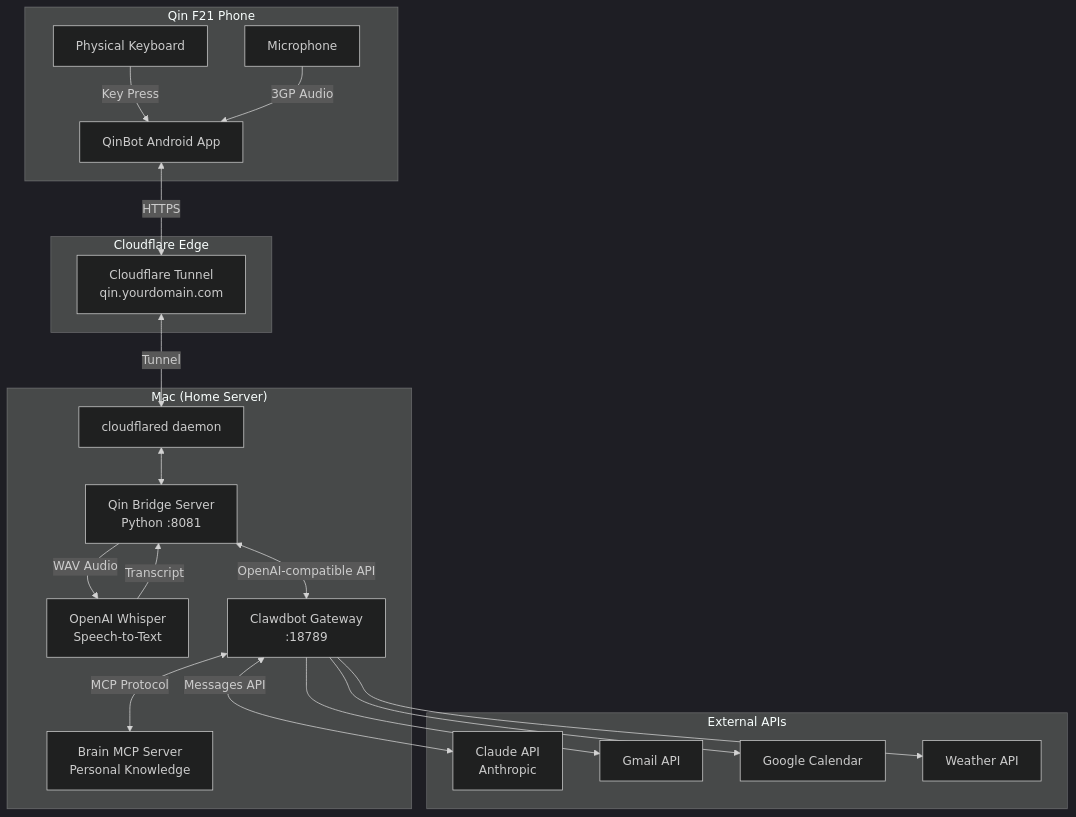
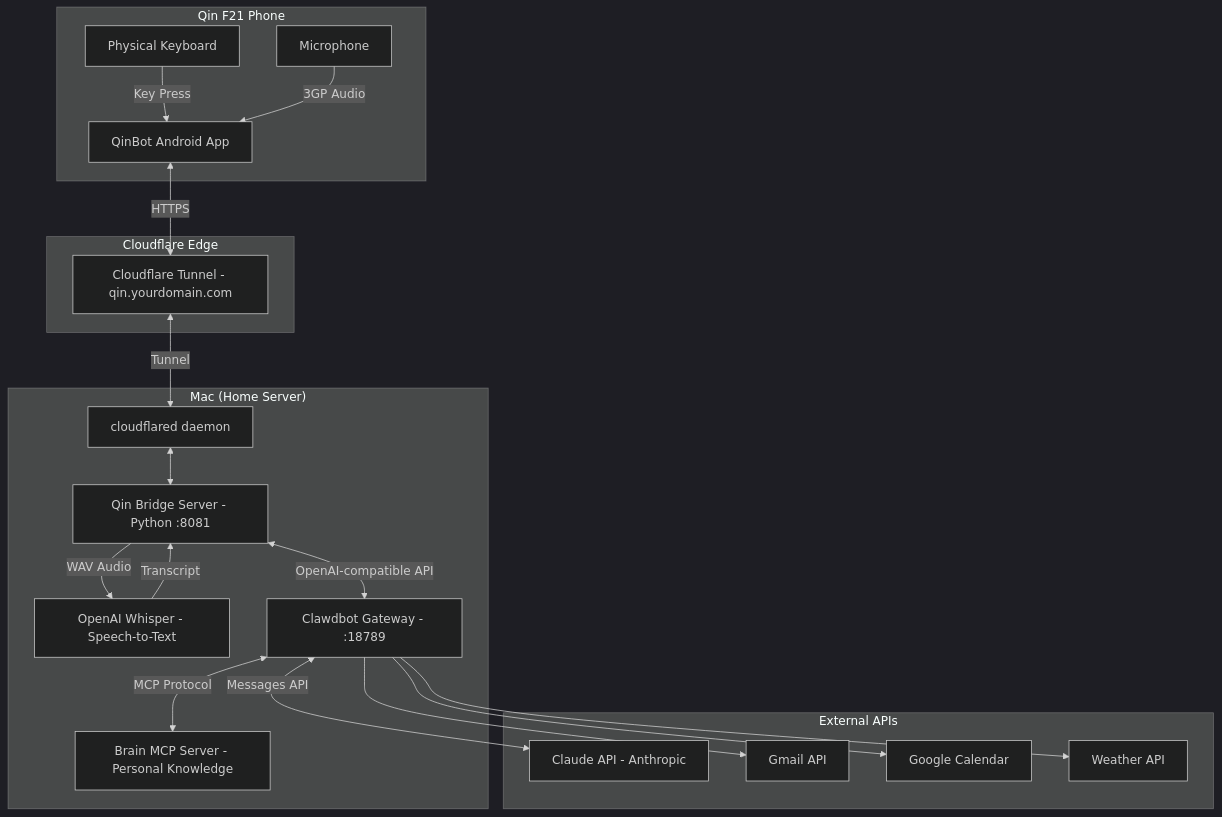
Before and after one commit to mordechaipotash/qinbot: the fourth of 5 diagrams in README.md, drawn with Mermaid (dark theme). The commit also changed other lines of this file, not shown here.

First line of the commit message:
Fix: Mermaid diagram parse error - replace <br/> with dashes

````diff
--- a/README.md
+++ b/README.md
@@ -248,41 +248,41 @@
 ```mermaid
 graph TB
     subgraph "Qin F21 Phone"
         QIN[QinBot Android App]
         MIC[Microphone]
         KB[Physical Keyboard]
     end
     
     subgraph "Cloudflare Edge"
-        CF[Cloudflare Tunnel<br/>qin.yourdomain.com]
+        CF[Cloudflare Tunnel - qin.yourdomain.com]
     end
     
     subgraph "Mac (Home Server)"
-        BRIDGE[Qin Bridge Server<br/>Python :8081]
-        WHISPER[OpenAI Whisper<br/>Speech-to-Text]
-        CLAWDBOT[Clawdbot Gateway<br/>:18789]
+        BRIDGE[Qin Bridge Server - Python :8081]
+        WHISPER[OpenAI Whisper - Speech-to-Text]
+        CLAWDBOT[Clawdbot Gateway - :18789]
         TUNNEL[cloudflared daemon]
-        BRAIN[Brain MCP Server<br/>Personal Knowledge]
+        BRAIN[Brain MCP Server - Personal Knowledge]
     end
     
     subgraph "External APIs"
-        CLAUDE[Claude API<br/>Anthropic]
+        CLAUDE[Claude API - Anthropic]
         GMAIL[Gmail API]
         GCAL[Google Calendar]
         WEATHER[Weather API]
     end
     
     KB -->|Key Press| QIN
     MIC -->|3GP Audio| QIN
     QIN <-->|HTTPS| CF
     CF <-->|Tunnel| TUNNEL
     TUNNEL <--> BRIDGE
     BRIDGE -->|WAV Audio| WHISPER
     WHISPER -->|Transcript| BRIDGE
     BRIDGE <-->|OpenAI-compatible API| CLAWDBOT
     CLAWDBOT <-->|Messages API| CLAUDE
     CLAWDBOT <-->|MCP Protocol| BRAIN
     CLAWDBOT --> GMAIL
     CLAWDBOT --> GCAL
     CLAWDBOT --> WEATHER
 ```
````
